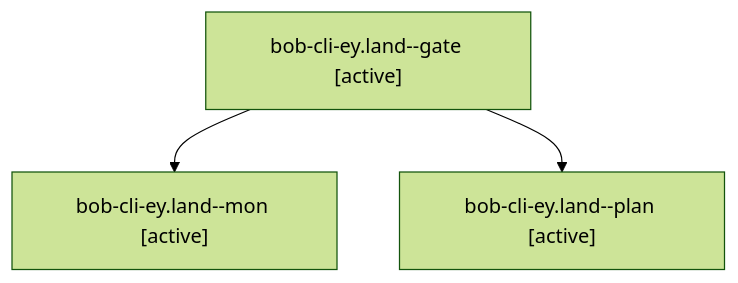
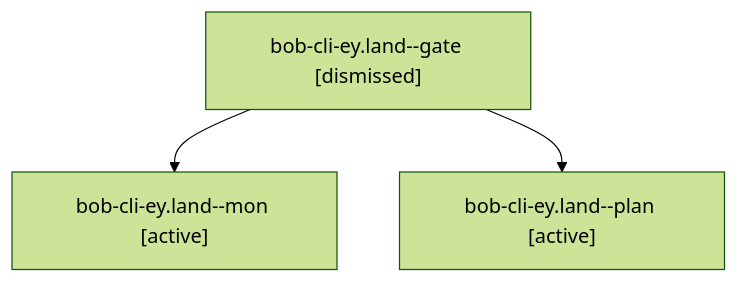
One commit to bobs-org/bob-cli--agents changed the diagram in sessions/bbugyi200.apollo.bob-cli-ey.land.md. Above: the diagram before and after it, drawn with Mermaid (forest theme). The commit also changed other lines of this file and 310 other files, not shown here.

````diff
--- a/sessions/bbugyi200.apollo.bob-cli-ey.land.md
+++ b/sessions/bbugyi200.apollo.bob-cli-ey.land.md
@@ -9,8 +9,8 @@
 ```mermaid
 flowchart TD
-  n0["bob-cli-ey.land--gate [active]"]
+  n0["bob-cli-ey.land--gate [dismissed]"]
   n1["bob-cli-ey.land--mon [active]"]
   n0 --> n1
   n2["bob-cli-ey.land--plan [active]"]
   n0 --> n2
 ```
````
